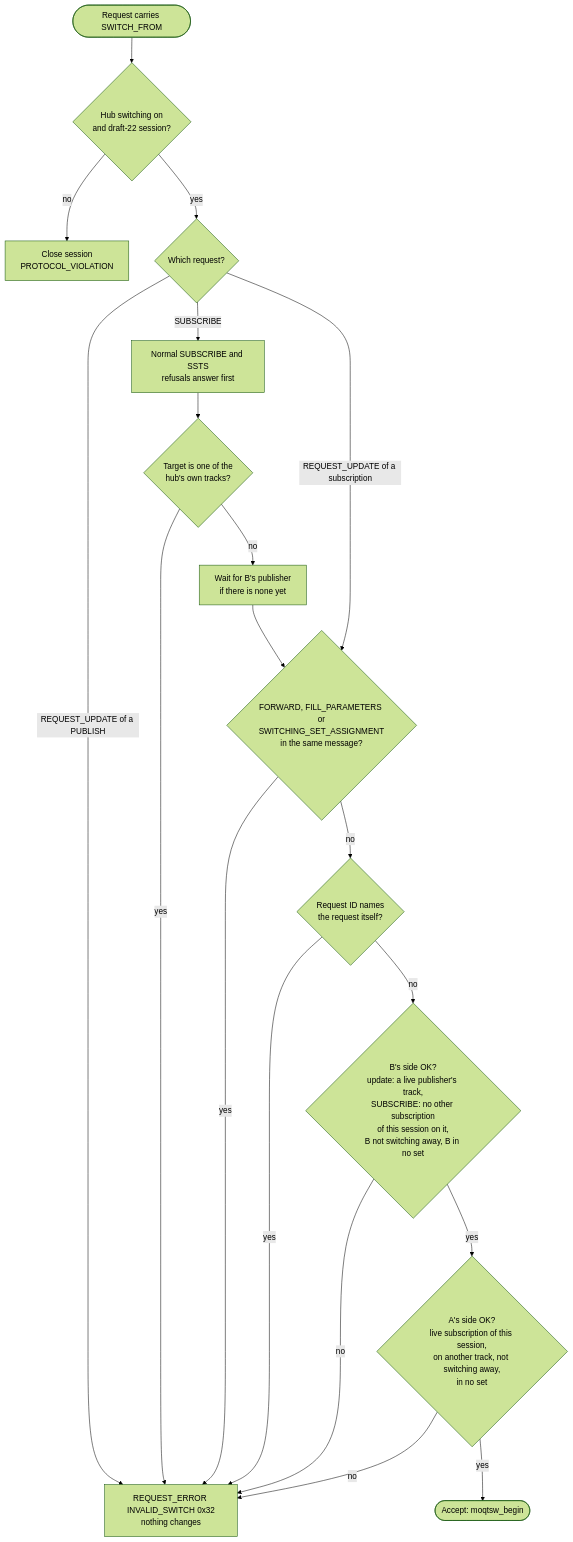
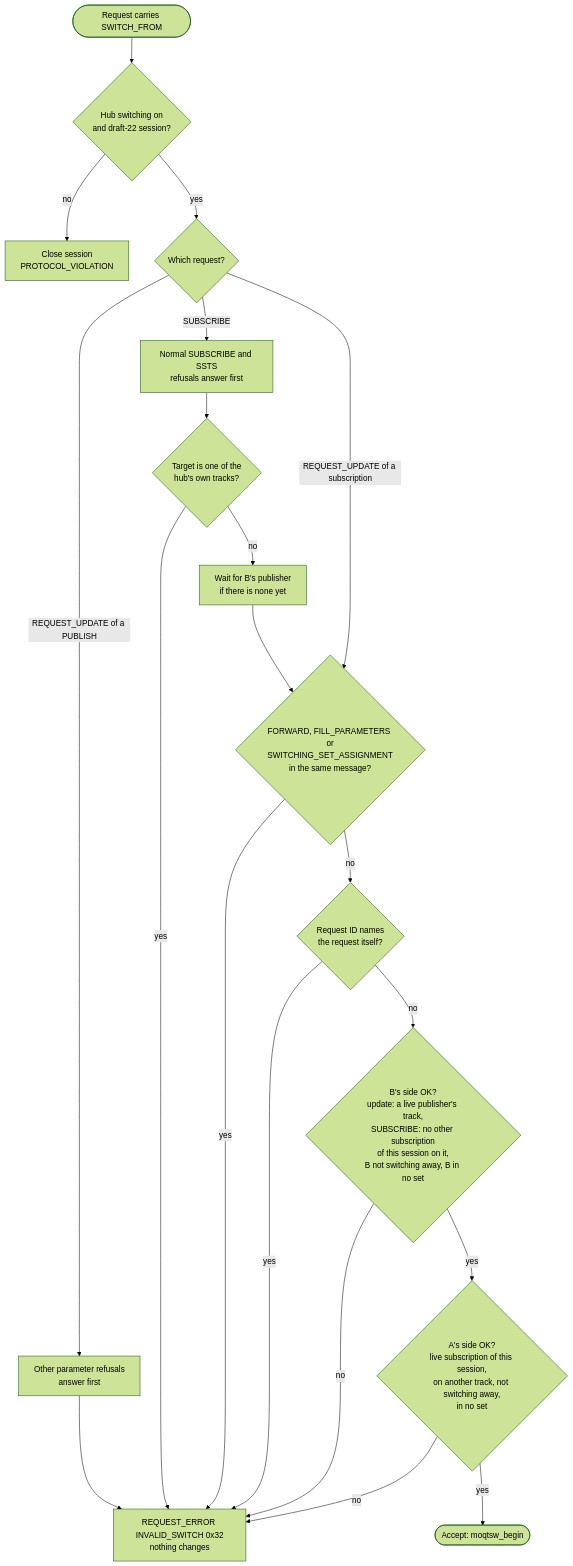
The third of 4 diagrams in docs/features/moqt-track-switching.md (Hakkadaikon/wired), drawn with Mermaid (forest theme) before and after one commit. The commit also changed other lines of this file, not shown here.

````diff
--- a/docs/features/moqt-track-switching.md
+++ b/docs/features/moqt-track-switching.md
@@ -281,22 +281,23 @@
 ```mermaid
 flowchart TD
     start([Request carries SWITCH_FROM]) --> off{Hub switching on<br/>and draft-22 session?}
     off -- no --> pv[Close session<br/>PROTOCOL_VIOLATION]
     off -- yes --> kind{Which request?}
-    kind -- REQUEST_UPDATE of a PUBLISH --> bad
+    kind -- REQUEST_UPDATE of a PUBLISH --> pnorm[Other parameter refusals<br/>answer first]
+    pnorm --> bad
     kind -- SUBSCRIBE --> norm[Normal SUBSCRIBE and SSTS<br/>refusals answer first]
     norm --> hubt{Target is one of the<br/>hub's own tracks?}
     hubt -- yes --> bad
     hubt -- no --> wait[Wait for B's publisher<br/>if there is none yet]
     wait --> conf
     kind -- REQUEST_UPDATE of a subscription --> conf{FORWARD, FILL_PARAMETERS or<br/>SWITCHING_SET_ASSIGNMENT<br/>in the same message?}
     conf -- yes --> bad
     conf -- no --> self{Request ID names<br/>the request itself?}
     self -- yes --> bad
     self -- no --> tgt{B's side OK?<br/>update: a live publisher's track,<br/>SUBSCRIBE: no other subscription<br/>of this session on it,<br/>B not switching away, B in no set}
     tgt -- no --> bad
     tgt -- yes --> old{A's side OK?<br/>live subscription of this session,<br/>on another track, not switching away,<br/>in no set}
     old -- no --> bad
     old -- yes --> ok([Accept: moqtsw_begin])
     bad[REQUEST_ERROR INVALID_SWITCH 0x32<br/>nothing changes]
 ```
````
